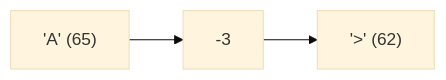
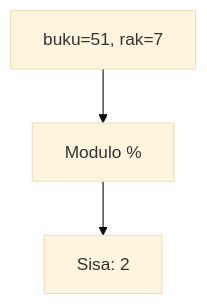
One commit to amnahwaida/OSNK_INF_PREP changed the second of 25 diagrams in part-c-pemahaman-cpp/01-tipe-data/latihan/set-09.md. Above: the diagram before and after it, drawn with Mermaid (base theme). The commit also changed other lines of this file and 71 other files, not shown here.

````diff
--- a/part-c-pemahaman-cpp/01-tipe-data/latihan/set-09.md
+++ b/part-c-pemahaman-cpp/01-tipe-data/latihan/set-09.md
@@ -48,5 +50,5 @@
 ```mermaid
-graph LR
-A["'A' (65)"] --> B["-3"]
-B --> C["'>' (62)"]
+graph TD
+A["buku=51, rak=7"] --> B["Modulo %"]
+B --> C["Sisa: 2"]
 ```
````
